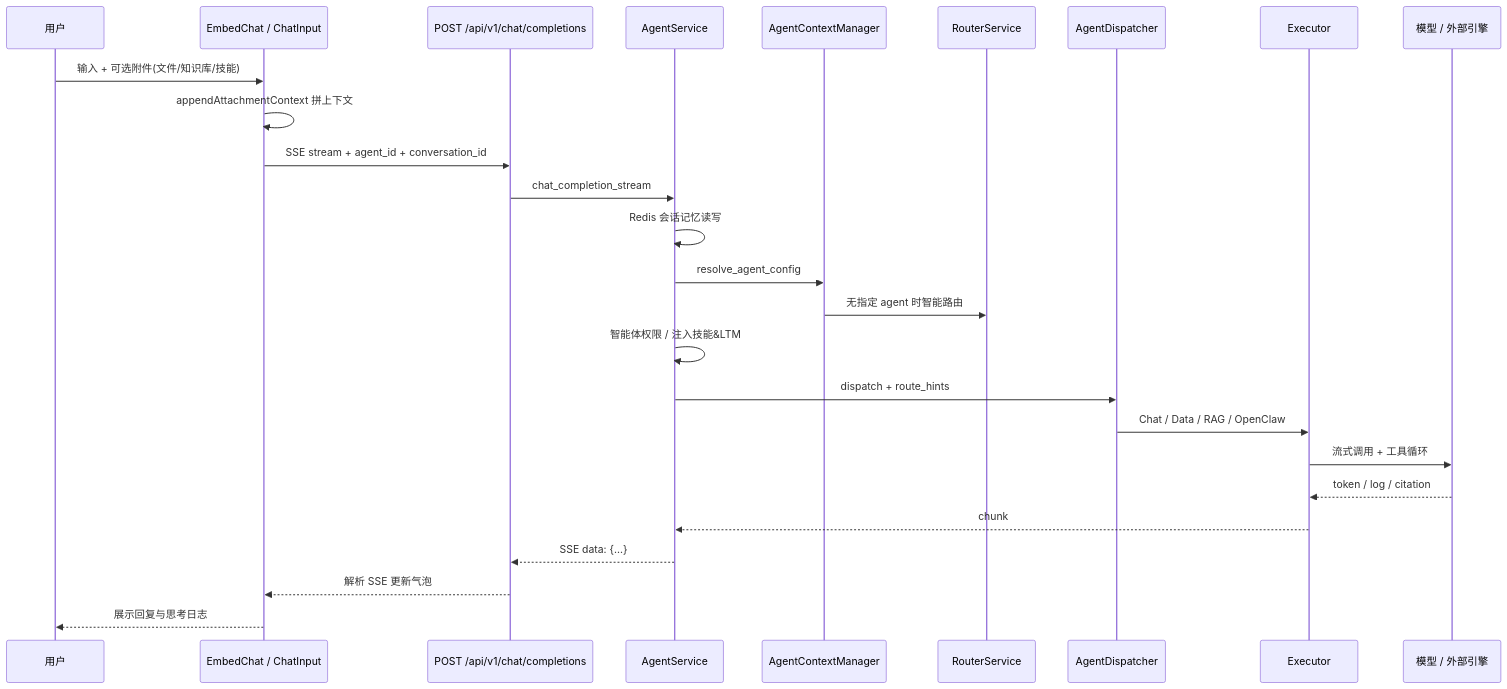
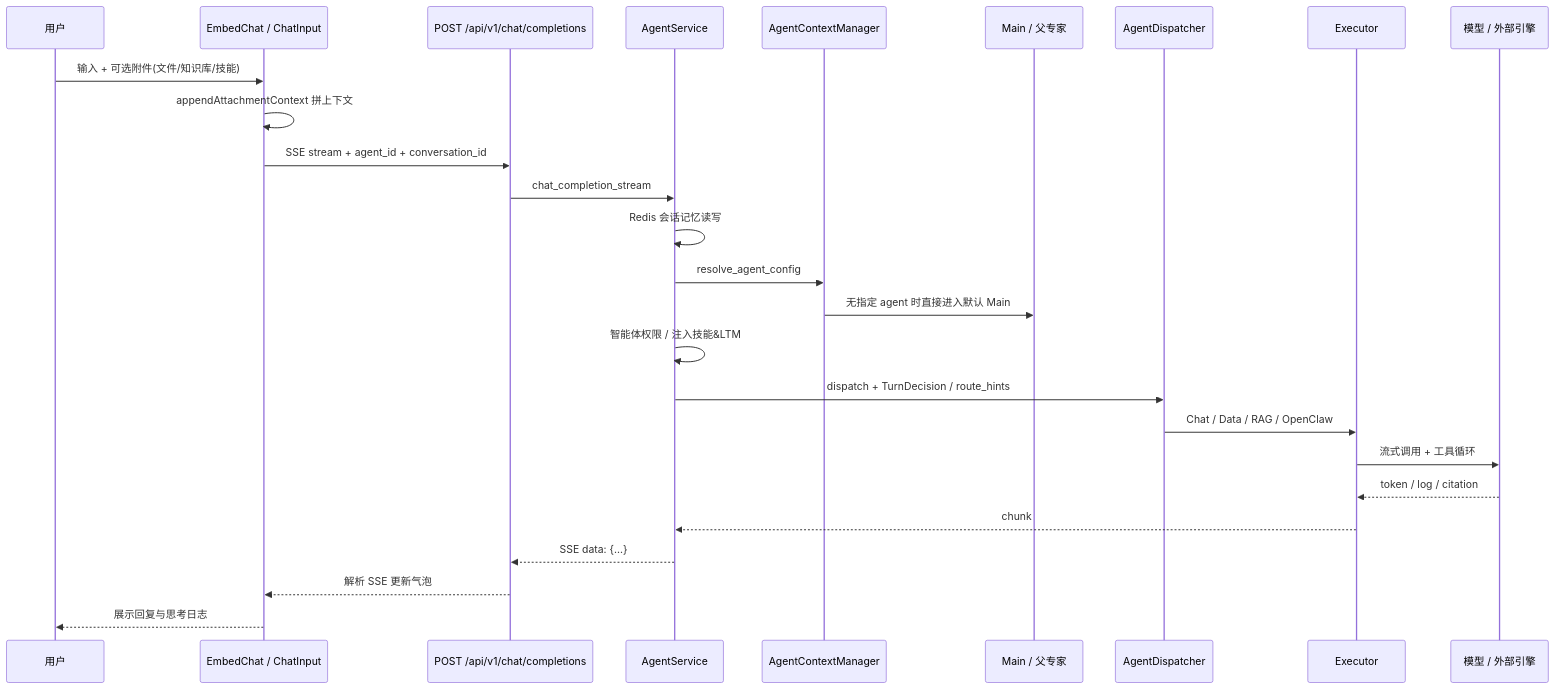
The first of 3 diagrams in architech/design/chat/CHAT_FLOW.md (CandyACE/nanzi-ai-agent-platform), drawn with Mermaid before and after one commit. The commit also changed other lines of this file and 25 other files, not shown here.

````diff
--- a/architech/design/chat/CHAT_FLOW.md
+++ b/architech/design/chat/CHAT_FLOW.md
@@ -11,29 +11,29 @@
 ```mermaid
 sequenceDiagram
     participant U as 用户
     participant FE as EmbedChat / ChatInput
     participant API as POST /api/v1/chat/completions
     participant AS as AgentService
     participant CM as AgentContextManager
-    participant RT as RouterService
+    participant MAIN as Main / 父专家
     participant DP as AgentDispatcher
     participant EX as Executor
     participant LLM as 模型 / 外部引擎
 
     U->>FE: 输入 + 可选附件(文件/知识库/技能)
     FE->>FE: appendAttachmentContext 拼上下文
     FE->>API: SSE stream + agent_id + conversation_id
     API->>AS: chat_completion_stream
     AS->>AS: Redis 会话记忆读写
     AS->>CM: resolve_agent_config
-    CM->>RT: 无指定 agent 时智能路由
+    CM->>MAIN: 无指定 agent 时直接进入默认 Main
     AS->>AS: 智能体权限 / 注入技能&LTM
-    AS->>DP: dispatch + route_hints
+    AS->>DP: dispatch + TurnDecision / route_hints
     DP->>EX: Chat / Data / RAG / OpenClaw
     EX->>LLM: 流式调用 + 工具循环
     LLM-->>EX: token / log / citation
     EX-->>AS: chunk
     AS-->>API: SSE data: {...}
     API-->>FE: 解析 SSE 更新气泡
     FE-->>U: 展示回复与思考日志
 ```
````
